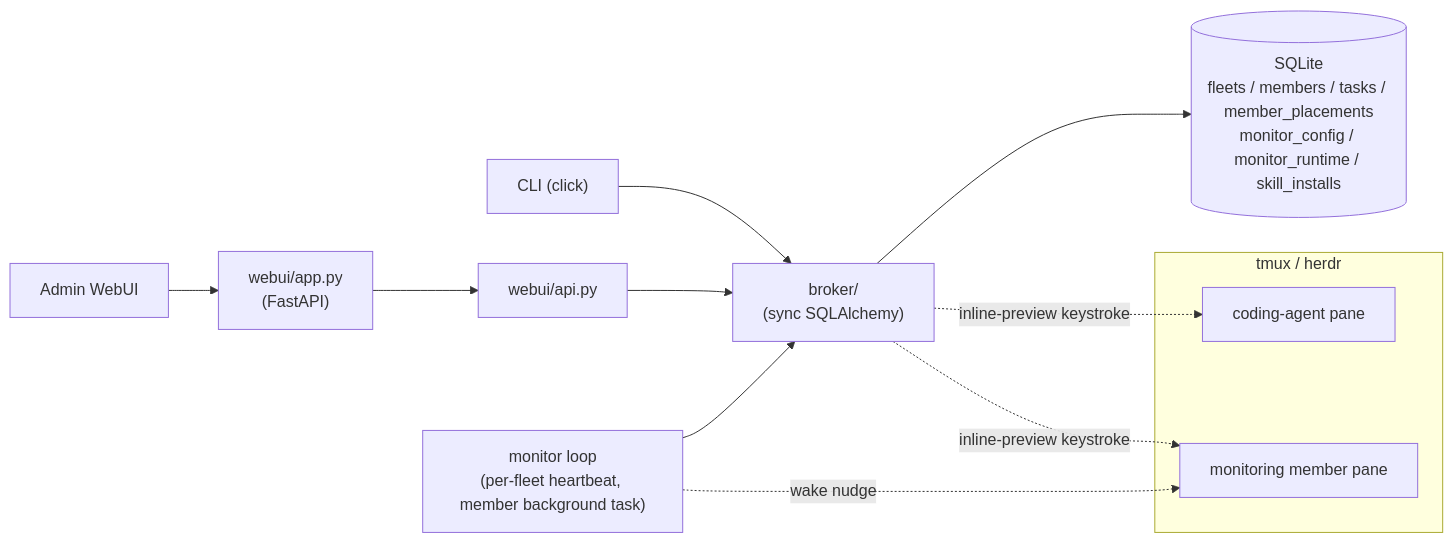
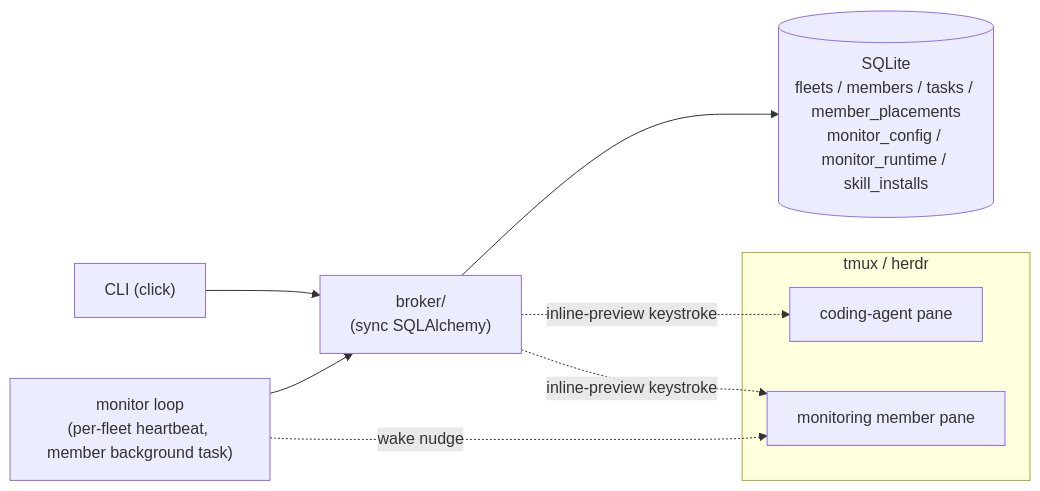
One commit to himkt/cafleet changed the diagram in docs/concepts/overview.md. Above: the diagram before and after it, drawn with Mermaid. The commit also changed other lines of this file and 26 other files, not shown here.

````diff
--- a/docs/concepts/overview.md
+++ b/docs/concepts/overview.md
@@ -32,17 +31,14 @@
 ```mermaid
 %%{init: {'theme': 'default', 'themeVariables': {'fontSize': '16px'}}}%%
 flowchart LR
     CLI["CLI (click)"] --> Broker["broker/<br/>(sync SQLAlchemy)"]
-    WebUI["Admin WebUI"] --> Server["webui/app.py<br/>(FastAPI)"]
-    Server --> WebUIAPI["webui/api.py"]
-    WebUIAPI --> Broker
     Monitor["monitor loop<br/>(per-fleet heartbeat, member background task)"] --> Broker
     Broker --> DB[(SQLite<br/>fleets / members / tasks / member_placements<br/>monitor_config / monitor_runtime / skill_installs)]
     subgraph Multiplexer["tmux / herdr"]
         PaneA["coding-agent pane"]
         PaneB["monitoring member pane"]
     end
     Broker -. inline-preview keystroke .-> PaneA
     Broker -. inline-preview keystroke .-> PaneB
     Monitor -. wake nudge .-> PaneB
 ```
````
